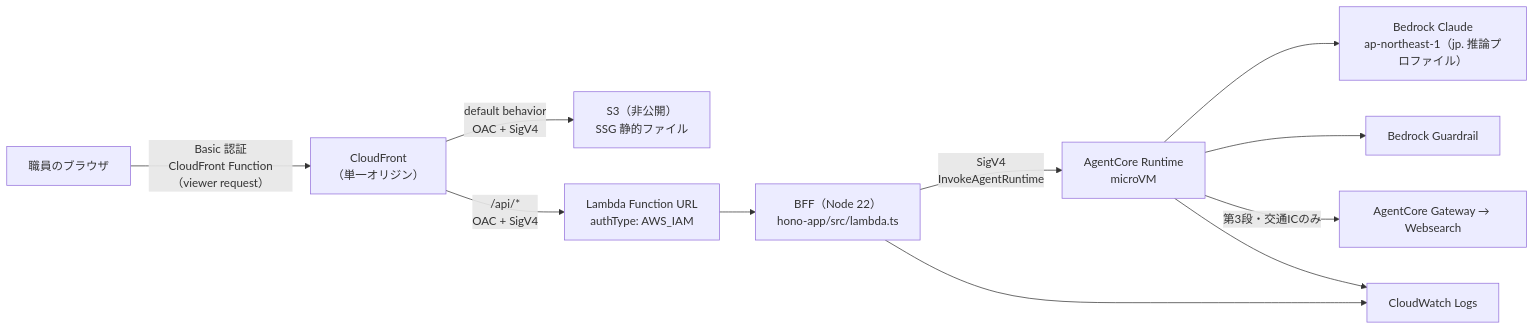
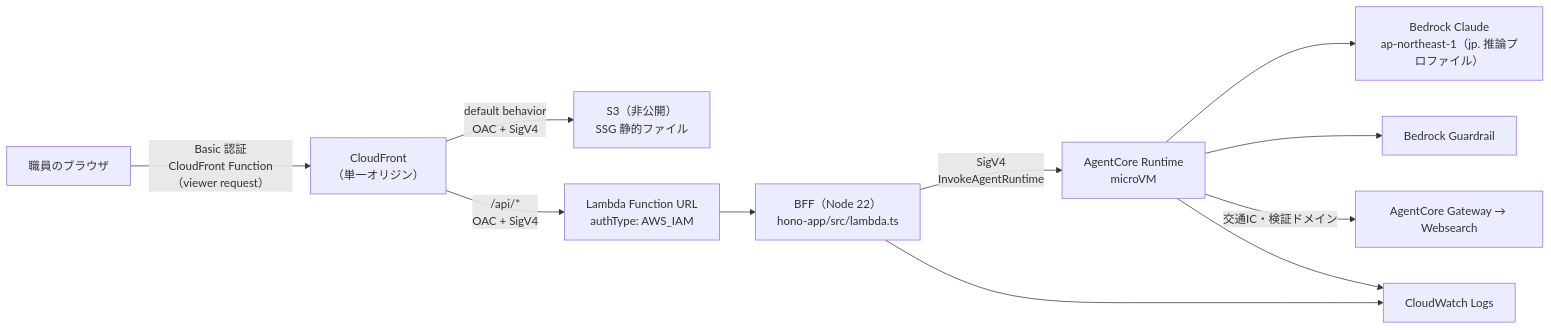
Before and after one commit to ag-ke-nakamura/form-echo-agent: the eighth of 9 diagrams in docs/architecture.md, drawn with Mermaid. The commit also changed other lines of this file and 6 other files, not shown here.

````diff
--- a/docs/architecture.md
+++ b/docs/architecture.md
@@ -213,13 +279,13 @@
 ```mermaid
 graph LR
     U["職員のブラウザ"] -->|"Basic 認証<br/>CloudFront Function（viewer request）"| CF["CloudFront<br/>（単一オリジン）"]
     CF -->|"default behavior<br/>OAC + SigV4"| S3["S3（非公開）<br/>SSG 静的ファイル"]
     CF -->|"/api/*<br/>OAC + SigV4"| FU["Lambda Function URL<br/>authType: AWS_IAM"]
     FU --> BFF["BFF（Node 22）<br/>hono-app/src/lambda.ts"]
     BFF -->|"SigV4<br/>InvokeAgentRuntime"| RT["AgentCore Runtime<br/>microVM"]
     RT --> BR["Bedrock Claude<br/>ap-northeast-1（jp. 推論プロファイル）"]
     RT --> GR["Bedrock Guardrail"]
-    RT -->|"第3段・交通ICのみ"| GW["AgentCore Gateway → Websearch"]
+    RT -->|"交通IC・検証ドメイン"| GW["AgentCore Gateway → Websearch"]
     BFF --> CW["CloudWatch Logs"]
     RT --> CW
 ```
````
